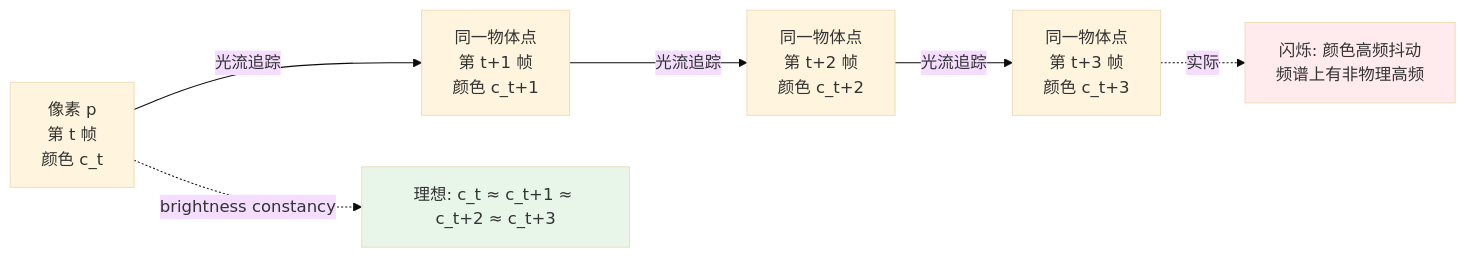
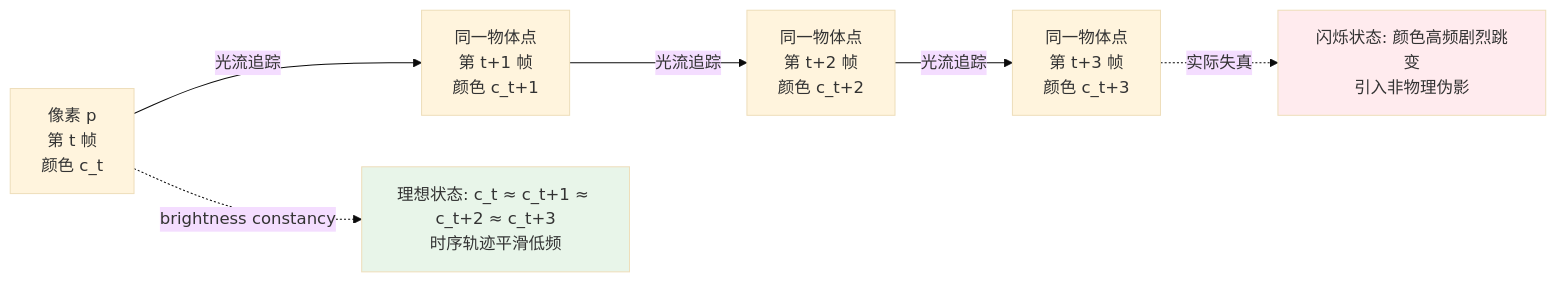
Before and after one commit to yingwang/image-enhancement-guide: the first of 2 diagrams in chapters/13-video-basics.md, drawn with Mermaid (base theme). The commit also changed other lines of this file and 18 other files, not shown here.

````diff
--- a/chapters/13-video-basics.md
+++ b/chapters/13-video-basics.md
@@ -124,11 +118,11 @@
 ```mermaid
 graph LR
     P0[像素 p<br/>第 t 帧<br/>颜色 c_t] -->|光流追踪| P1[同一物体点<br/>第 t+1 帧<br/>颜色 c_t+1]
     P1 -->|光流追踪| P2[同一物体点<br/>第 t+2 帧<br/>颜色 c_t+2]
     P2 -->|光流追踪| P3[同一物体点<br/>第 t+3 帧<br/>颜色 c_t+3]
-    P0 -. brightness constancy .-> Q[理想: c_t ≈ c_t+1 ≈ c_t+2 ≈ c_t+3]
-    P3 -. 实际 .-> R[闪烁: 颜色高频抖动<br/>频谱上有非物理高频]
+    P0 -. brightness constancy .-> Q[理想状态: c_t ≈ c_t+1 ≈ c_t+2 ≈ c_t+3<br/>时序轨迹平滑低频]
+    P3 -. 实际失真 .-> R[闪烁状态: 颜色高频剧烈跳变<br/>引入非物理伪影]
 
     style Q fill:#e8f5e9
     style R fill:#ffebee
 ```
````
